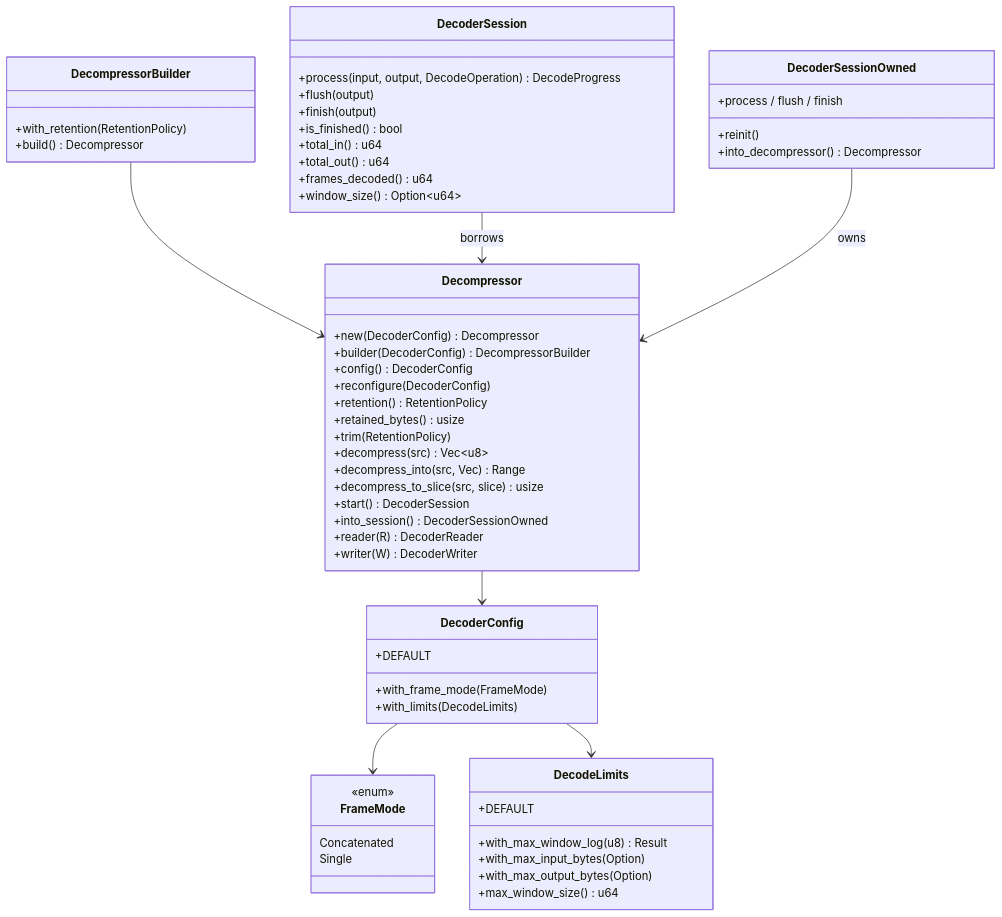
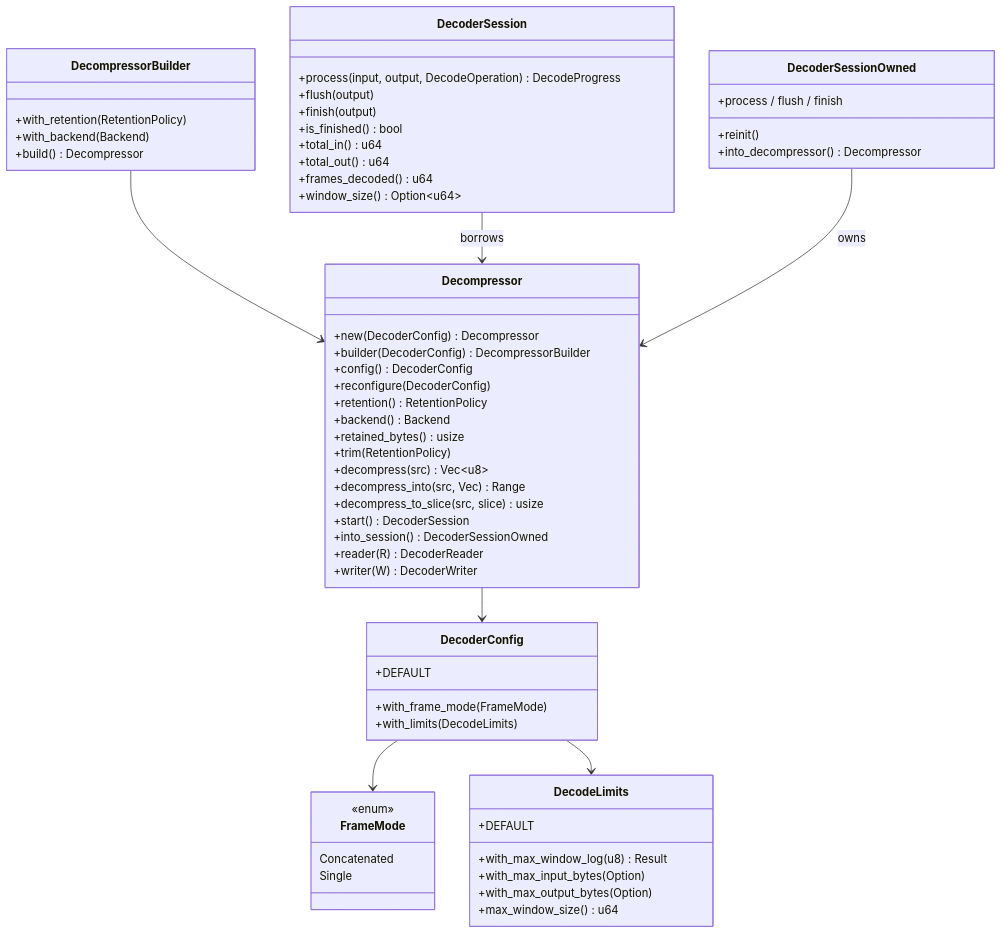
Before and after one commit to M-Compressors/mzstd: the second of 7 diagrams in architecture/decompressor.md, drawn with Mermaid. The commit also changed other lines of this file and 52 other files, not shown here.

````diff
--- a/architecture/decompressor.md
+++ b/architecture/decompressor.md
@@ -56,61 +59,63 @@
 ```mermaid
 classDiagram
     class Decompressor {
         +new(DecoderConfig) Decompressor
         +builder(DecoderConfig) DecompressorBuilder
         +config() DecoderConfig
         +reconfigure(DecoderConfig)
         +retention() RetentionPolicy
+        +backend() Backend
         +retained_bytes() usize
         +trim(RetentionPolicy)
         +decompress(src) Vec~u8~
         +decompress_into(src, Vec) Range
         +decompress_to_slice(src, slice) usize
         +start() DecoderSession
         +into_session() DecoderSessionOwned
         +reader(R) DecoderReader
         +writer(W) DecoderWriter
     }
     class DecompressorBuilder {
         +with_retention(RetentionPolicy)
+        +with_backend(Backend)
         +build() Decompressor
     }
     class DecoderConfig {
         +DEFAULT
         +with_frame_mode(FrameMode)
         +with_limits(DecodeLimits)
     }
     class DecodeLimits {
         +DEFAULT
         +with_max_window_log(u8) Result
         +with_max_input_bytes(Option)
         +with_max_output_bytes(Option)
         +max_window_size() u64
     }
     class FrameMode {
         <<enum>>
         Concatenated
         Single
     }
     class DecoderSession {
         +process(input, output, DecodeOperation) DecodeProgress
         +flush(output)
         +finish(output)
         +is_finished() bool
         +total_in() u64
         +total_out() u64
         +frames_decoded() u64
         +window_size() Option~u64~
     }
     class DecoderSessionOwned {
         +process / flush / finish
         +reinit()
         +into_decompressor() Decompressor
     }
     Decompressor --> DecoderConfig
     DecoderConfig --> FrameMode
     DecoderConfig --> DecodeLimits
     DecompressorBuilder --> Decompressor
     DecoderSession --> Decompressor : borrows
     DecoderSessionOwned --> Decompressor : owns
 ```
````
